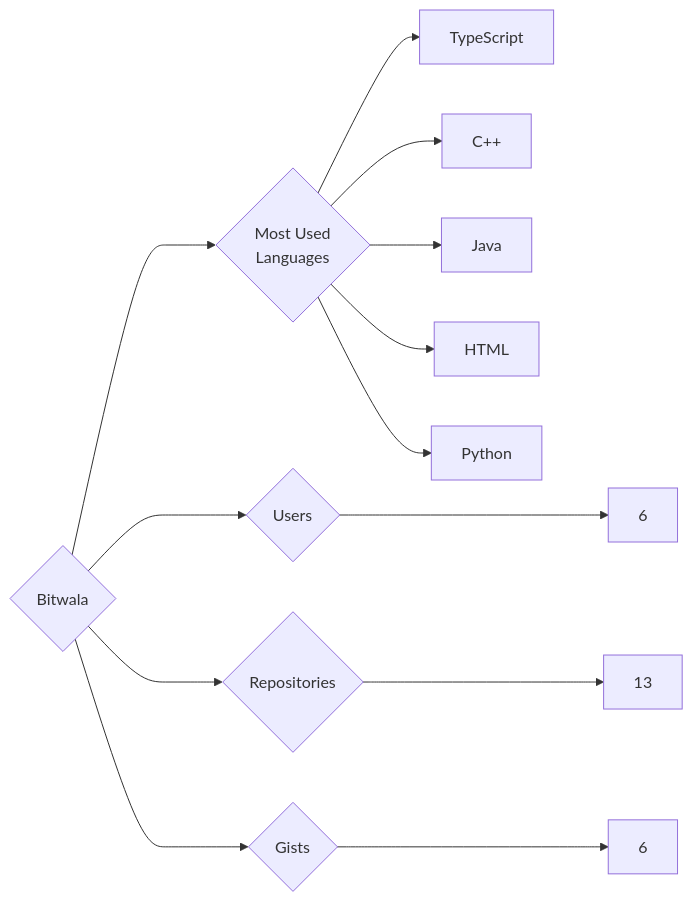
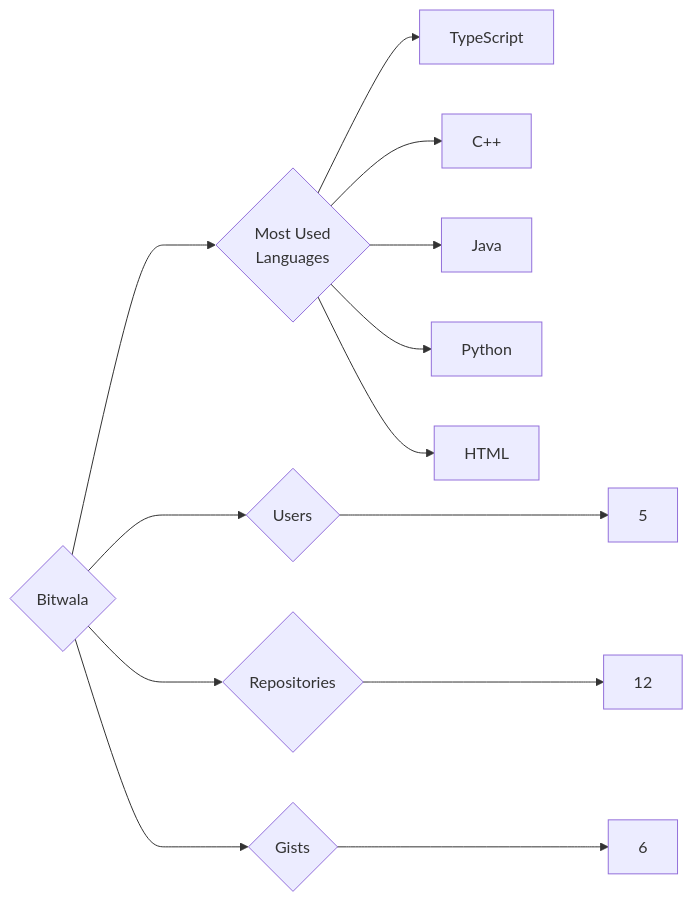
The diagram in targets/Bitwala/README.md (trickest/insiders), drawn with Mermaid before and after one commit. The commit also changed 857 other files, not shown here.

````diff
--- a/targets/Bitwala/README.md
+++ b/targets/Bitwala/README.md
@@ -3,13 +3,13 @@
 ```mermaid
 graph LR
 COMPANY_NAME{Bitwala}
-COMPANY_NAME ---> U{Users} ---> UN[6]
-COMPANY_NAME ---> R{Repositories} ---> RN[13]
+COMPANY_NAME ---> U{Users} ---> UN[5]
+COMPANY_NAME ---> R{Repositories} ---> RN[12]
 COMPANY_NAME ---> G{Gists} ---> GN[6]
 COMPANY_NAME ---> ML{Most Used<br>Languages}
 ML --> TypeScript[TypeScript]
 ML --> C++[C++]
 ML --> Java[Java]
+ML --> Python[Python]
 ML --> HTML[HTML]
-ML --> Python[Python]
 ```
````
